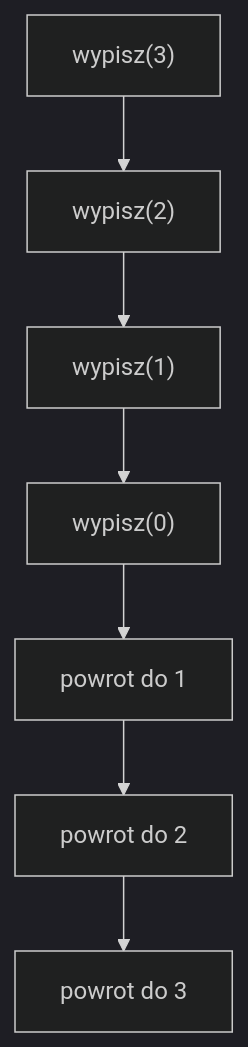
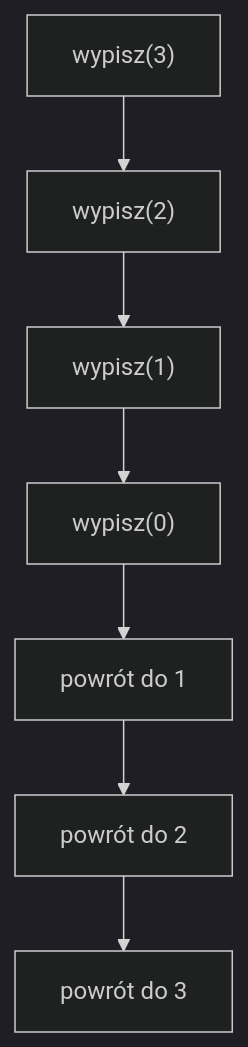
Before and after one commit to mariuszsmolka-stack/cpp-matura-2026: the diagram in docs/16-rekurencja-i-algorytmy-maturalne/02-stos-wywolan-i-kolejnosc-dzialania.md, drawn with Mermaid (dark theme). The commit also changed other lines of this file and 11 other files, not shown here.

````diff
--- a/docs/16-rekurencja-i-algorytmy-maturalne/02-stos-wywolan-i-kolejnosc-dzialania.md
+++ b/docs/16-rekurencja-i-algorytmy-maturalne/02-stos-wywolan-i-kolejnosc-dzialania.md
@@ -48,9 +48,9 @@
 ```mermaid
 flowchart TD
     A["wypisz(3)"] --> B["wypisz(2)"]
     B --> C["wypisz(1)"]
     C --> D["wypisz(0)"]
-    D --> E["powrot do 1"]
-    E --> F["powrot do 2"]
-    F --> G["powrot do 3"]
+    D --> E["powrót do 1"]
+    E --> F["powrót do 2"]
+    F --> G["powrót do 3"]
 ```
````
